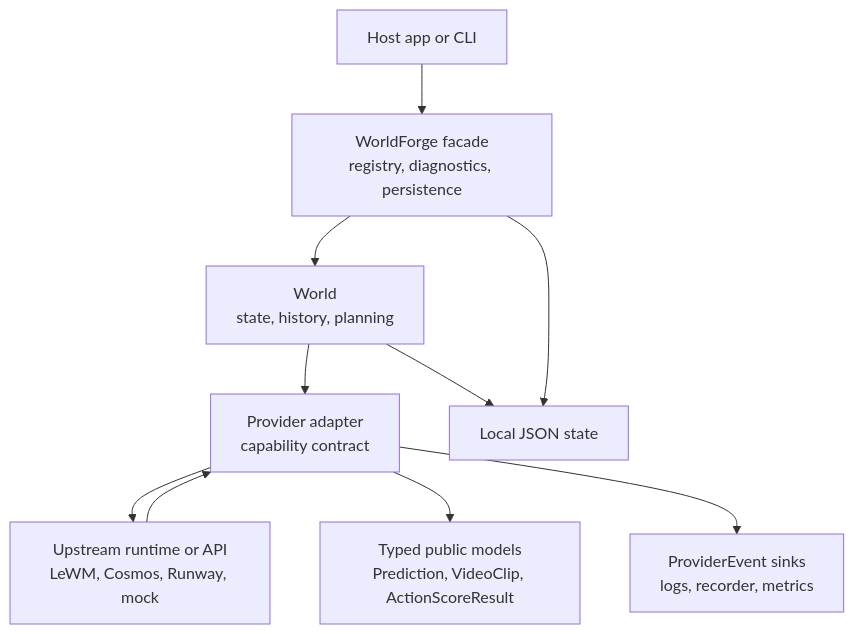
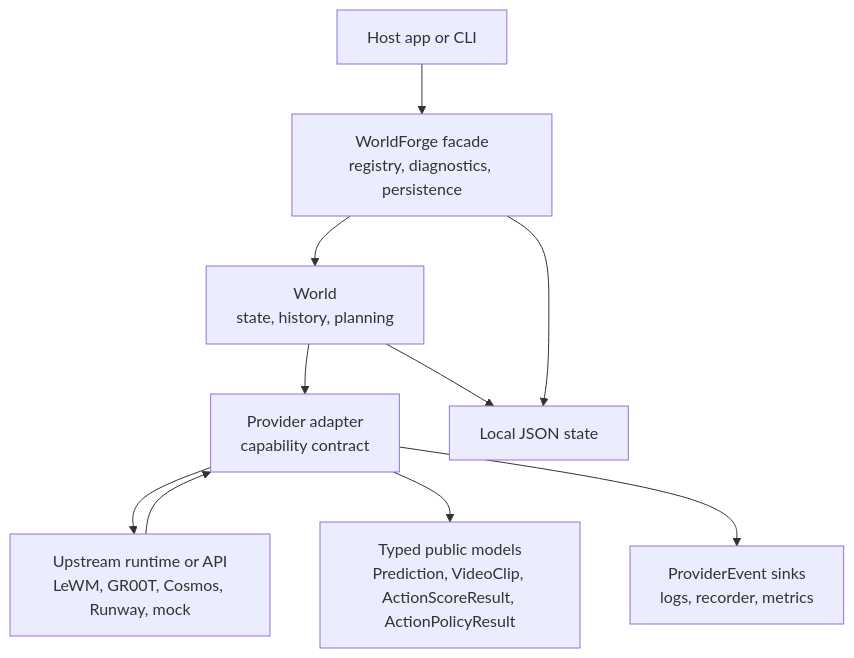
One commit to omarespejel/worldforge changed the first of 4 diagrams in docs/src/architecture.md. Above: the diagram before and after it, drawn with Mermaid. The commit also changed other lines of this file and 23 other files, not shown here.

````diff
--- a/docs/src/architecture.md
+++ b/docs/src/architecture.md
@@ -79,21 +81,21 @@
 ```mermaid
 flowchart TD
     Host[Host app or CLI]
     Forge[WorldForge facade\nregistry, diagnostics, persistence]
     World[World\nstate, history, planning]
     Provider[Provider adapter\ncapability contract]
-    Upstream[Upstream runtime or API\nLeWM, Cosmos, Runway, mock]
-    Models[Typed public models\nPrediction, VideoClip, ActionScoreResult]
+    Upstream[Upstream runtime or API\nLeWM, GR00T, Cosmos, Runway, mock]
+    Models[Typed public models\nPrediction, VideoClip, ActionScoreResult, ActionPolicyResult]
     Obs[ProviderEvent sinks\nlogs, recorder, metrics]
     Store[Local JSON state]
 
     Host --> Forge
     Forge --> World
     World --> Provider
     Provider --> Upstream
     Upstream --> Provider
     Provider --> Models
     Provider --> Obs
     World --> Store
     Forge --> Store
 ```
````
